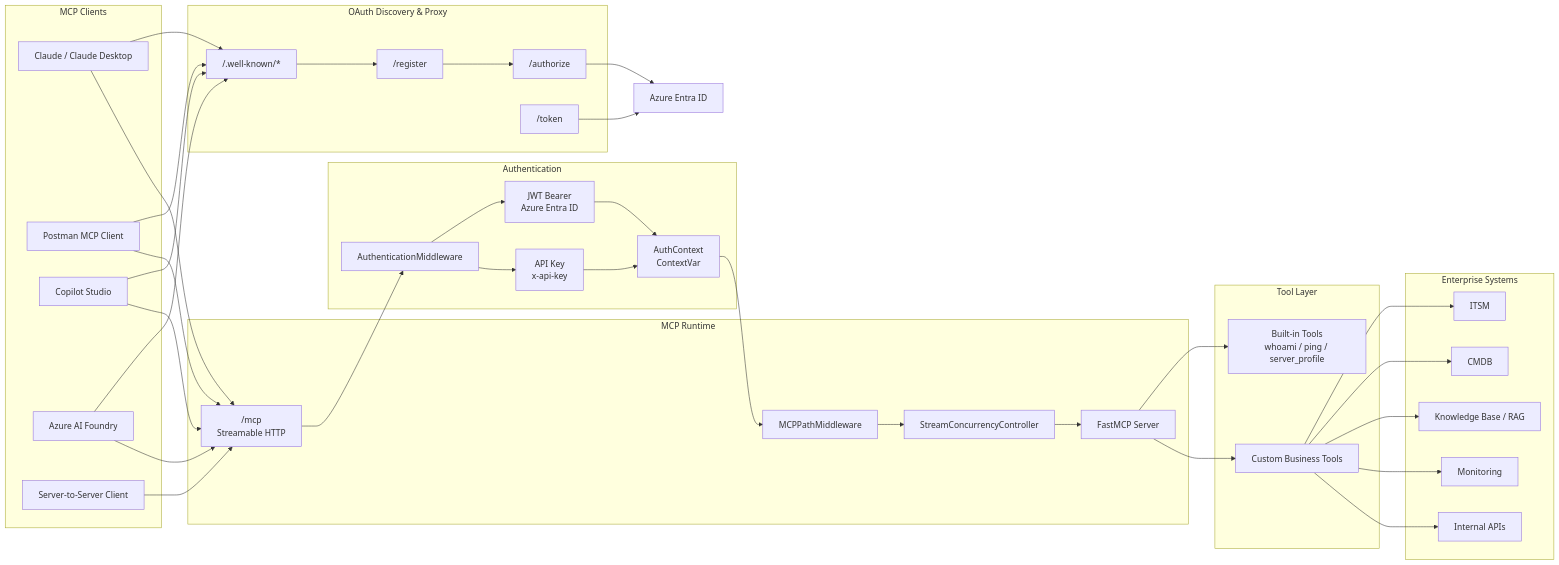
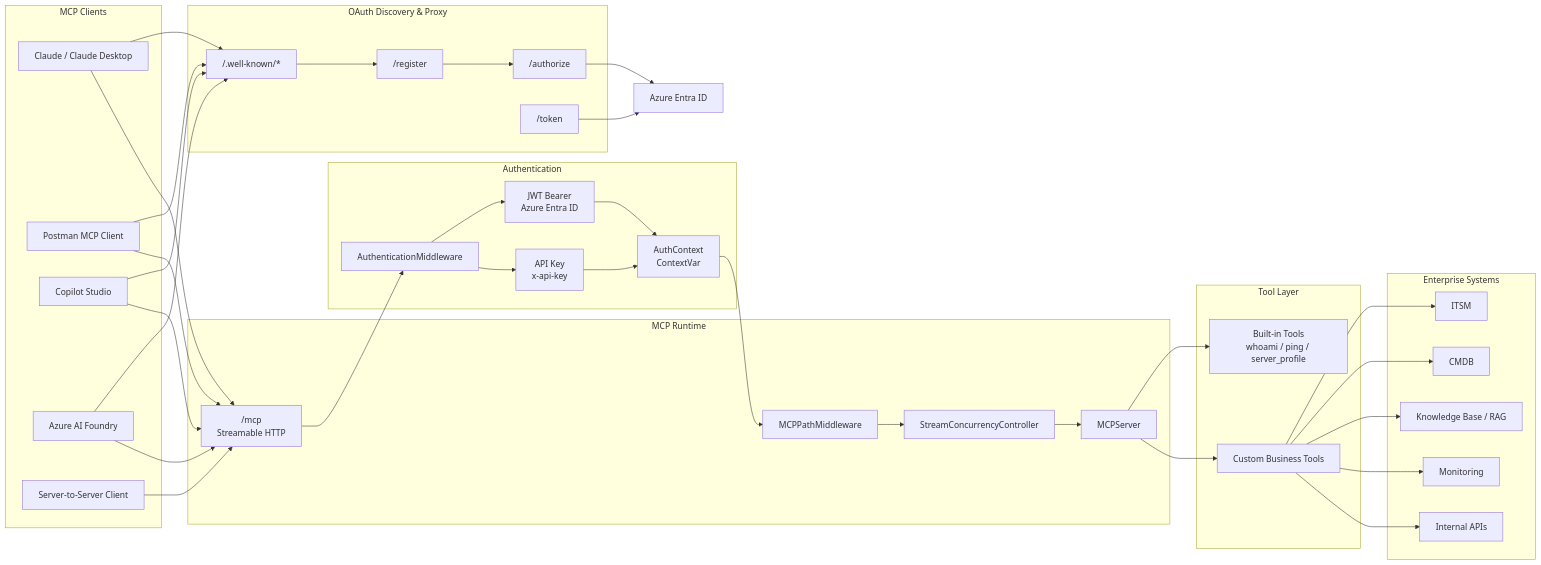
One commit to terenyang/mcp-server-boilerplate changed the diagram in README.md. Above: the diagram before and after it, drawn with Mermaid. The commit also changed other lines of this file and 27 other files, not shown here.

````diff
--- a/README.md
+++ b/README.md
@@ -263,81 +267,81 @@
 ```mermaid
 flowchart LR
     subgraph Clients["MCP Clients"]
         Claude["Claude / Claude Desktop"]
         Postman["Postman MCP Client"]
         Copilot["Copilot Studio"]
         AzureAI["Azure AI Foundry"]
         S2S["Server-to-Server Client"]
     end
 
     subgraph Discovery["OAuth Discovery & Proxy"]
         WellKnown["/.well-known/*"]
         Register["/register"]
         Authorize["/authorize"]
         Token["/token"]
     end
 
     subgraph Auth["Authentication"]
         AuthMW["AuthenticationMiddleware"]
         JWT["JWT Bearer<br/>Azure Entra ID"]
         APIKey["API Key<br/>x-api-key"]
         Context["AuthContext<br/>ContextVar"]
     end
 
     subgraph MCPRuntime["MCP Runtime"]
         MCP["/mcp<br/>Streamable HTTP"]
         PathMW["MCPPathMiddleware"]
         StreamCtrl["StreamConcurrencyController"]
-        FastMCP["FastMCP Server"]
+        MCPServer["MCPServer"]
     end
 
     subgraph Tools["Tool Layer"]
         BuiltIn["Built-in Tools<br/>whoami / ping / server_profile"]
         Custom["Custom Business Tools"]
     end
 
     subgraph Systems["Enterprise Systems"]
         ITSM["ITSM"]
         CMDB["CMDB"]
         KB["Knowledge Base / RAG"]
         Monitoring["Monitoring"]
         APIs["Internal APIs"]
     end
 
     Entra["Azure Entra ID"]
 
     Claude --> WellKnown
     Postman --> WellKnown
     Copilot --> WellKnown
     AzureAI --> WellKnown
 
     WellKnown --> Register
     Register --> Authorize
     Authorize --> Entra
     Token --> Entra
 
     Claude --> MCP
     Postman --> MCP
     Copilot --> MCP
     AzureAI --> MCP
     S2S --> MCP
 
     MCP --> AuthMW
     AuthMW --> JWT
     AuthMW --> APIKey
     JWT --> Context
     APIKey --> Context
 
     Context --> PathMW
     PathMW --> StreamCtrl
-    StreamCtrl --> FastMCP
+    StreamCtrl --> MCPServer
 
-    FastMCP --> BuiltIn
-    FastMCP --> Custom
+    MCPServer --> BuiltIn
+    MCPServer --> Custom
 
     Custom --> ITSM
     Custom --> CMDB
     Custom --> KB
     Custom --> Monitoring
     Custom --> APIs
 ```
````
